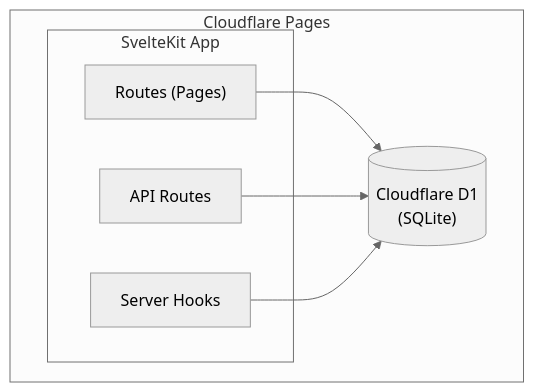
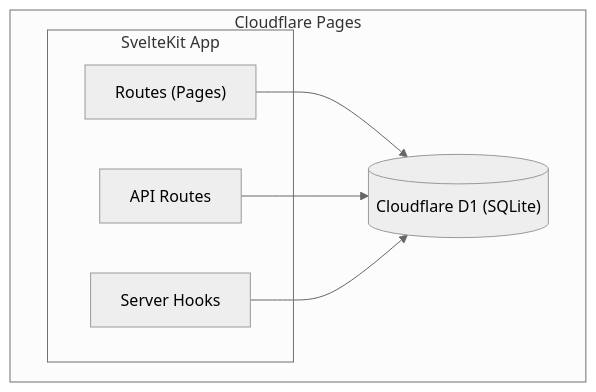
Before and after one commit to ewels/pocket-money: the diagram in docs/reference/architecture.md, drawn with Mermaid (neutral theme).

Commit message:
no newline

````diff
--- a/docs/reference/architecture.md
+++ b/docs/reference/architecture.md
@@ -9,15 +9,15 @@
 ```mermaid
 flowchart TB
     subgraph CF["Cloudflare Pages"]
         subgraph App["SvelteKit App"]
             Routes["Routes (Pages)"]
             API["API Routes"]
             Hooks["Server Hooks"]
         end
-        D1[("Cloudflare D1\n(SQLite)")]
+        D1[("Cloudflare D1 (SQLite)")]
     end
 
     Routes --> D1
     API --> D1
     Hooks --> D1
 ```
````
